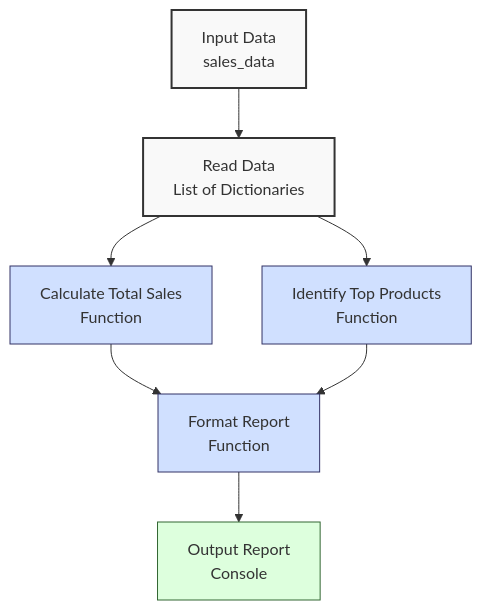
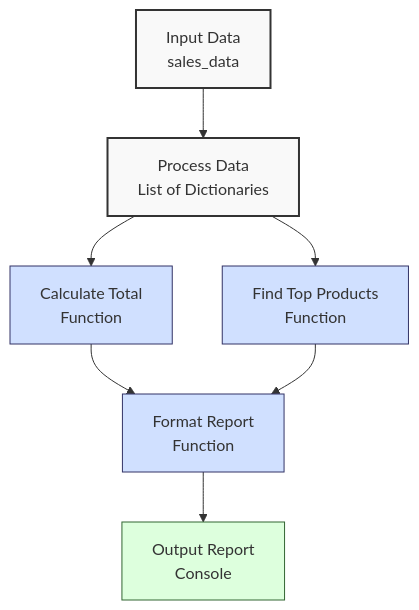
Before and after one commit to wahidyankf/oss: the fifth of 5 diagrams in apps-standalone/ayokoding-web/content/en/learn/software-engineering/onboardings/hijra-data-engineering/ch01-python-core-language-essentials/_index.md, drawn with Mermaid. The commit also changed other lines of this file, not shown here.

````diff
--- a/apps-standalone/ayokoding-web/content/en/learn/software-engineering/onboardings/hijra-data-engineering/ch01-python-core-language-essentials/_index.md
+++ b/apps-standalone/ayokoding-web/content/en/learn/software-engineering/onboardings/hijra-data-engineering/ch01-python-core-language-essentials/_index.md
@@ -506,17 +726,17 @@
 ```mermaid
 flowchart TD
-    A["Input Data<br>sales_data"] --> B["Read Data<br>List of Dictionaries"]
-    B --> C["Calculate Total Sales<br>Function"]
-    B --> D["Identify Top Products<br>Function"]
+    A["Input Data<br>sales_data"] --> B["Process Data<br>List of Dictionaries"]
+    B --> C["Calculate Total<br>Function"]
+    B --> D["Find Top Products<br>Function"]
     C --> E["Format Report<br>Function"]
     D --> E
     E --> F["Output Report<br>Console"]
 
     classDef data fill:#f9f9f9,stroke:#333,stroke-width:2px
     classDef process fill:#d0e0ff,stroke:#336,stroke-width:1px
     classDef output fill:#ddffdd,stroke:#363,stroke-width:1px
 
     class A,B data
     class C,D,E process
     class F output
 ```
````
